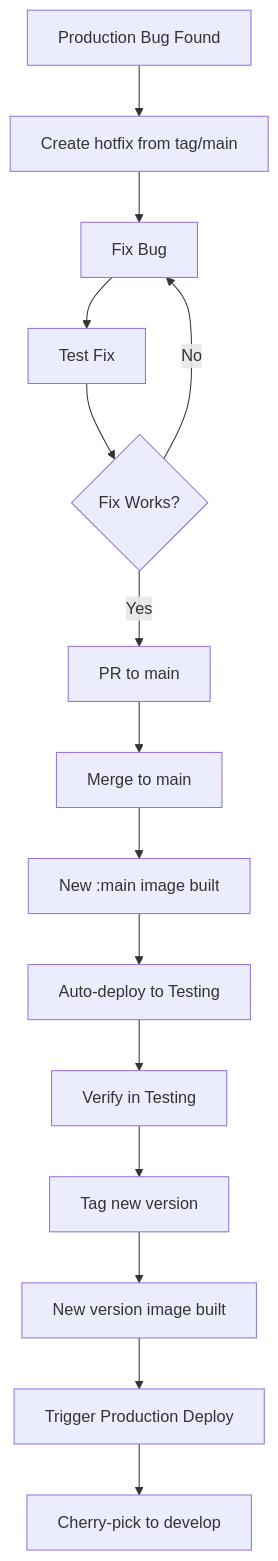
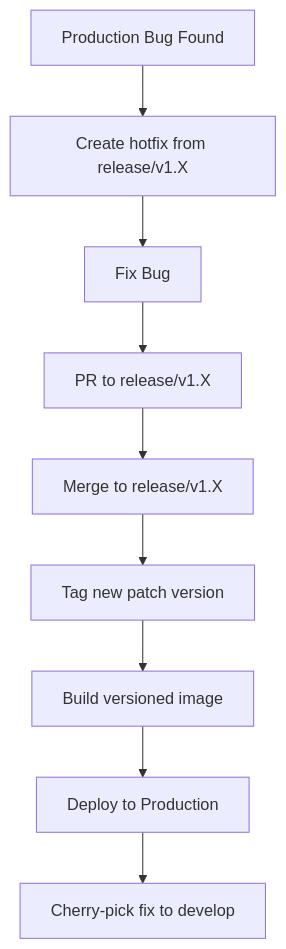
Before and after one commit to eneo-ai/eneo: the second of 2 diagrams in docs/DEPLOYMENT_WORKFLOW.md, drawn with Mermaid. The commit also changed other lines of this file and 5 other files, not shown here.

Commit message:
ci: simplify to develop + release branches, remove main branch

````diff
--- a/docs/DEPLOYMENT_WORKFLOW.md
+++ b/docs/DEPLOYMENT_WORKFLOW.md
@@ -211,17 +192,11 @@
 ```mermaid
 flowchart TB
-    A[Production Bug Found] --> B[Create hotfix from tag/main]
+    A[Production Bug Found] --> B[Create hotfix from release/v1.X]
     B --> C[Fix Bug]
-    C --> D[Test Fix]
-    D --> E{Fix Works?}
-    E -->|No| C
-    E -->|Yes| F[PR to main]
-    F --> G[Merge to main]
-    G --> H[New :main image built]
-    H --> I[Auto-deploy to Testing]
-    I --> J[Verify in Testing]
-    J --> K[Tag new version]
-    K --> L[New version image built]
-    L --> M[Trigger Production Deploy]
-    M --> N[Cherry-pick to develop]
+    C --> D[PR to release/v1.X]
+    D --> E[Merge to release/v1.X]
+    E --> F[Tag new patch version]
+    F --> G[Build versioned image]
+    G --> H[Deploy to Production]
+    H --> I[Cherry-pick fix to develop]
 ```
````
